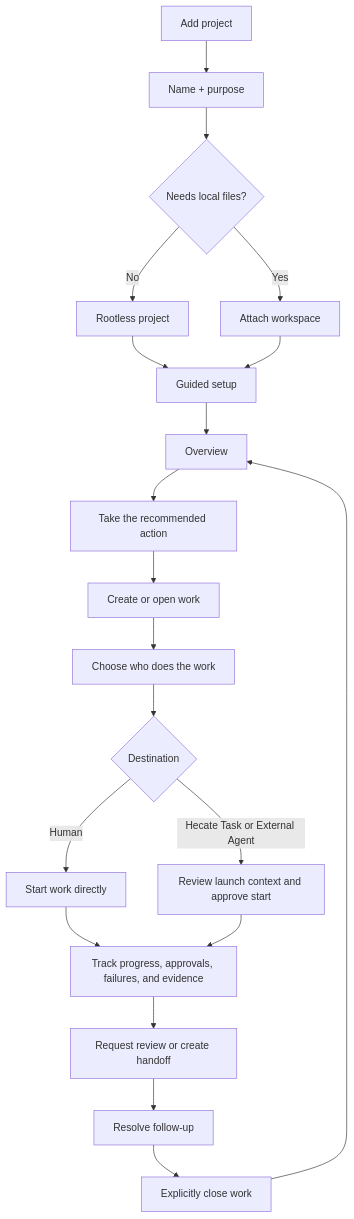
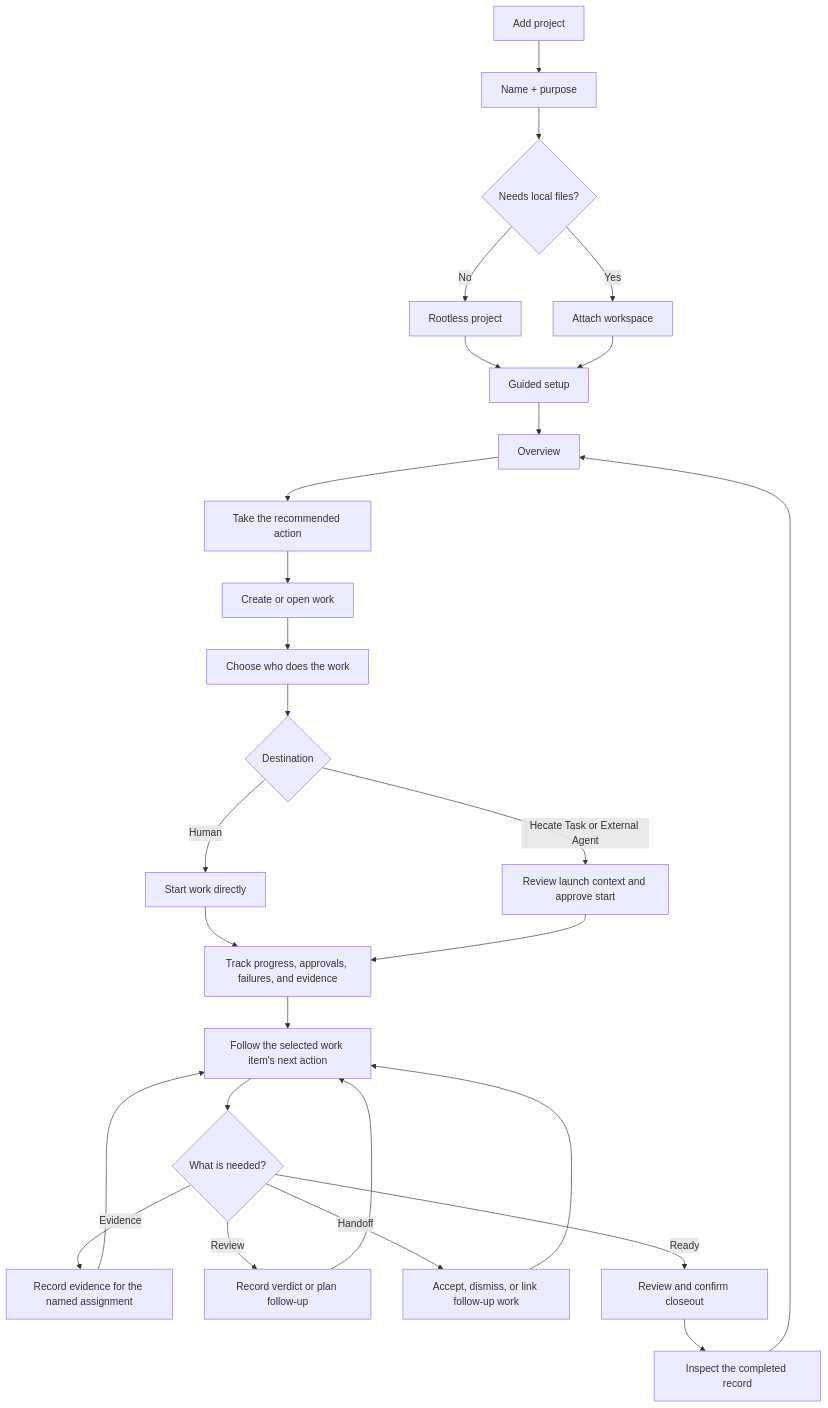
One commit to hecatehq/hecate changed the second of 4 diagrams in docs/design/proposals/projects-cockpit-ux.md. Above: the diagram before and after it, drawn with Mermaid. The commit also changed other lines of this file and 44 other files, not shown here.

Commit message:
feat(projects): guide review and closeout

````diff
--- a/docs/design/proposals/projects-cockpit-ux.md
+++ b/docs/design/proposals/projects-cockpit-ux.md
@@ -79,22 +93,29 @@
 ```mermaid
 flowchart TD
   A["Add project"] --> B["Name + purpose"]
   B --> C{"Needs local files?"}
   C -->|"No"| D["Rootless project"]
   C -->|"Yes"| E["Attach workspace"]
   D --> F["Guided setup"]
   E --> F
   F --> G["Overview"]
   G --> H["Take the recommended action"]
   H --> I["Create or open work"]
   I --> J["Choose who does the work"]
   J --> K{"Destination"}
   K -->|"Human"| KH["Start work directly"]
   K -->|"Hecate Task or External Agent"| KA["Review launch context and approve start"]
   KH --> L["Track progress, approvals, failures, and evidence"]
   KA --> L
-  L --> M["Request review or create handoff"]
-  M --> N["Resolve follow-up"]
-  N --> O["Explicitly close work"]
-  O --> G
+  L --> M["Follow the selected work item's next action"]
+  M --> N{"What is needed?"}
+  N -->|"Evidence"| NE["Record evidence for the named assignment"]
+  N -->|"Review"| NR["Record verdict or plan follow-up"]
+  N -->|"Handoff"| NH["Accept, dismiss, or link follow-up work"]
+  N -->|"Ready"| O["Review and confirm closeout"]
+  NE --> M
+  NR --> M
+  NH --> M
+  O --> P["Inspect the completed record"]
+  P --> G
 ```
````
